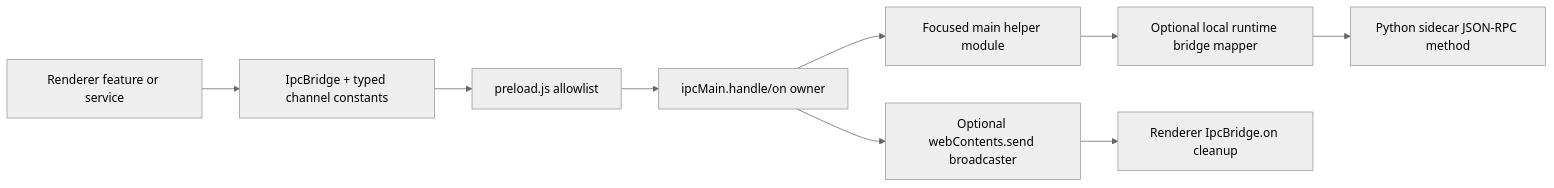
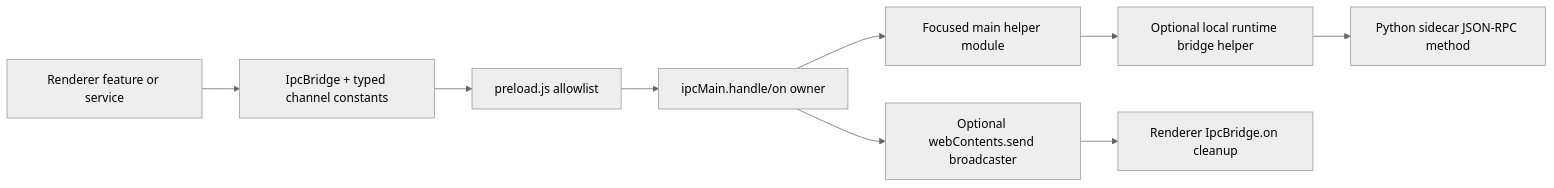
One commit to buiilding/My_Own_OpenClaw changed the diagram in docs/frontend/ipc_change_workflow.md. Above: the diagram before and after it, drawn with Mermaid (neutral theme). The commit also changed other lines of this file and 37 other files, not shown here.

First line of the commit message:
refactor(main): remove local runtime rpc mapper

````diff
--- a/docs/frontend/ipc_change_workflow.md
+++ b/docs/frontend/ipc_change_workflow.md
@@ -18,11 +18,11 @@
 ```mermaid
 flowchart LR
   Renderer["Renderer feature or service"] --> Bridge["IpcBridge + typed channel constants"]
   Bridge --> Preload["preload.js allowlist"]
   Preload --> Main["ipcMain.handle/on owner"]
   Main --> MainHelper["Focused main helper module"]
-  MainHelper --> LocalRuntimeBridge["Optional local runtime bridge mapper"]
+  MainHelper --> LocalRuntimeBridge["Optional local runtime bridge helper"]
   LocalRuntimeBridge --> Sidecar["Python sidecar JSON-RPC method"]
   Main --> Broadcast["Optional webContents.send broadcaster"]
   Broadcast --> RendererListener["Renderer IpcBridge.on cleanup"]
 ```
````
